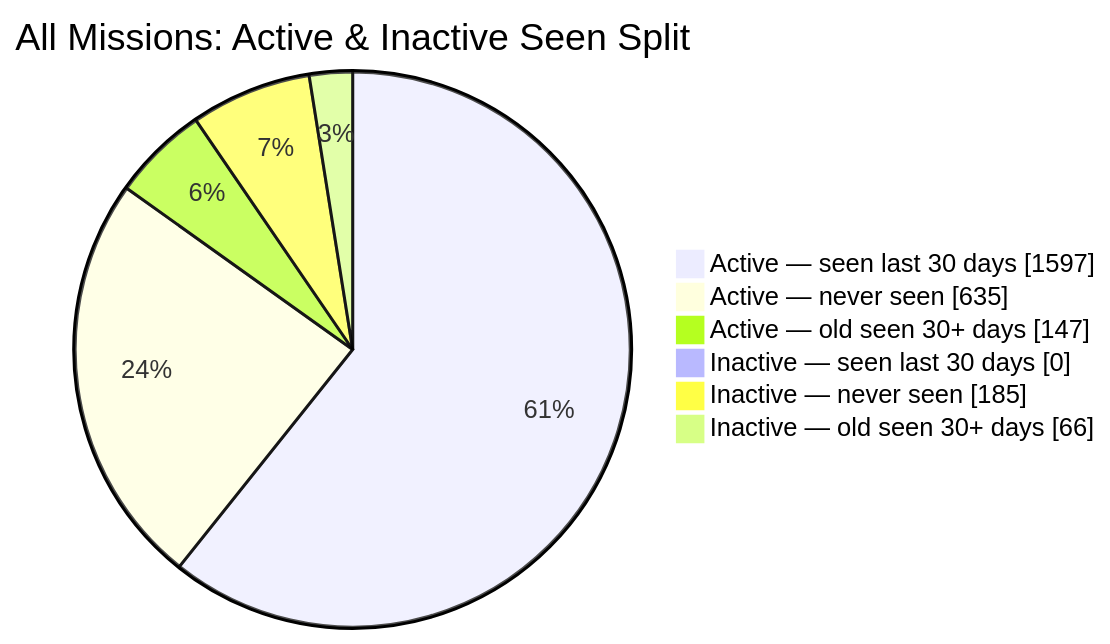
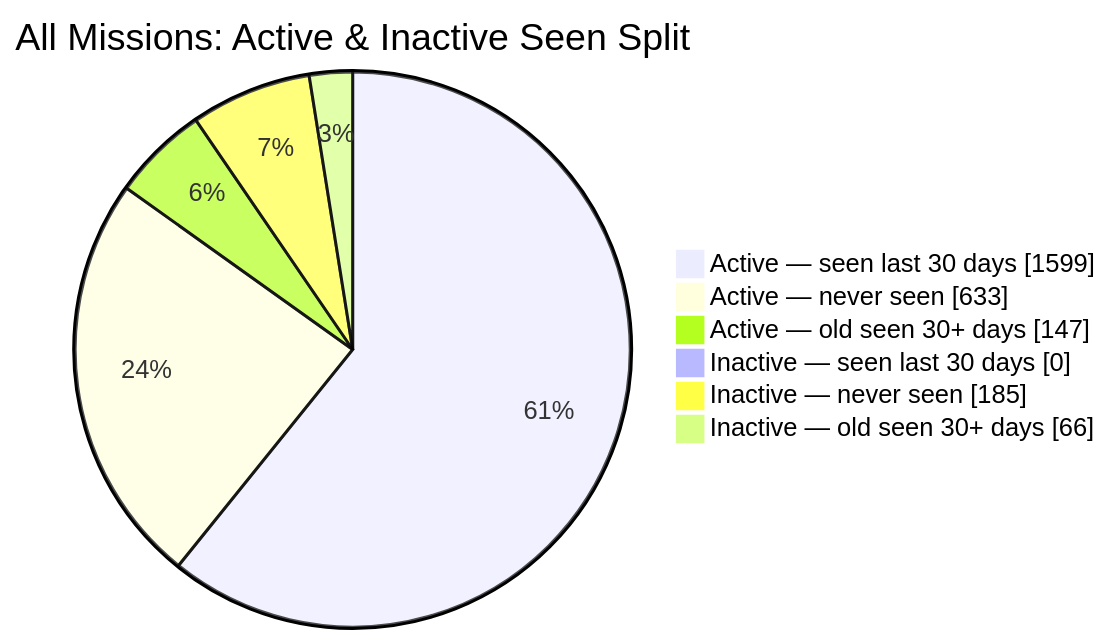
Before and after one commit to MeldkamerspelGameTeam/active-missions: the second of 2 diagrams in README.md, drawn with Mermaid. The commit also changed other lines of this file and 2 other files, not shown here.

````diff
--- a/README.md
+++ b/README.md
@@ -44,10 +44,10 @@
 ```mermaid
 pie showData
     title All Missions: Active & Inactive Seen Split
-    "Active — seen last 30 days" : 1597
-    "Active — never seen" : 635
+    "Active — seen last 30 days" : 1599
+    "Active — never seen" : 633
     "Active — old seen 30+ days" : 147
     "Inactive — seen last 30 days" : 0
     "Inactive — never seen" : 185
     "Inactive — old seen 30+ days" : 66
 ```
````
